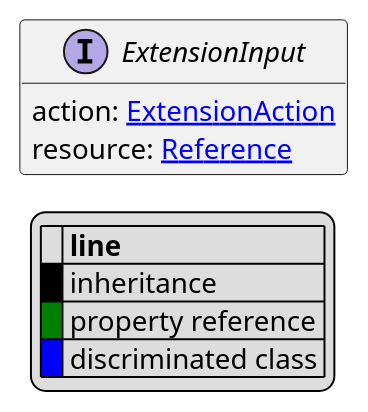
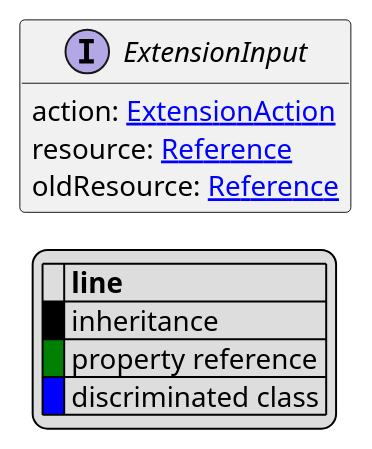
The diagram in uml/api/ExtensionInput.puml (commercetools/commercetools-api-reference), drawn with PlantUML before and after one commit. The commit also changed 298 other files, not shown here.

```diff
--- a/uml/api/ExtensionInput.puml
+++ b/uml/api/ExtensionInput.puml
@@ -1,21 +1,22 @@
 @startuml
 
 hide empty fields
 hide empty methods
 legend
 |= |= line |
 |<back:black>   </back>| inheritance |
 |<back:green>   </back>| property reference |
 |<back:blue>   </back>| discriminated class |
 endlegend
 interface ExtensionInput [[ExtensionInput.svg]]  {
     action: [[ExtensionAction.svg ExtensionAction]]
     resource: [[Reference.svg Reference]]
+    oldResource: [[Reference.svg Reference]]
 }
 
 
 
 
 
 
 @enduml
```
